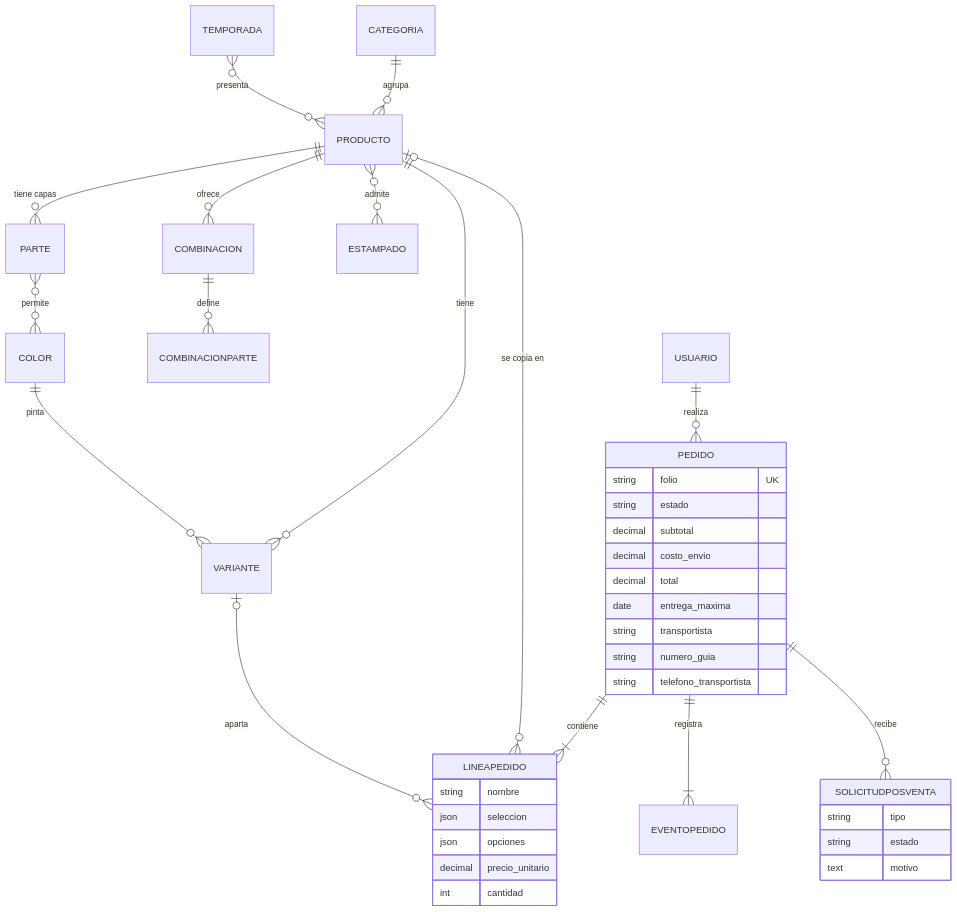
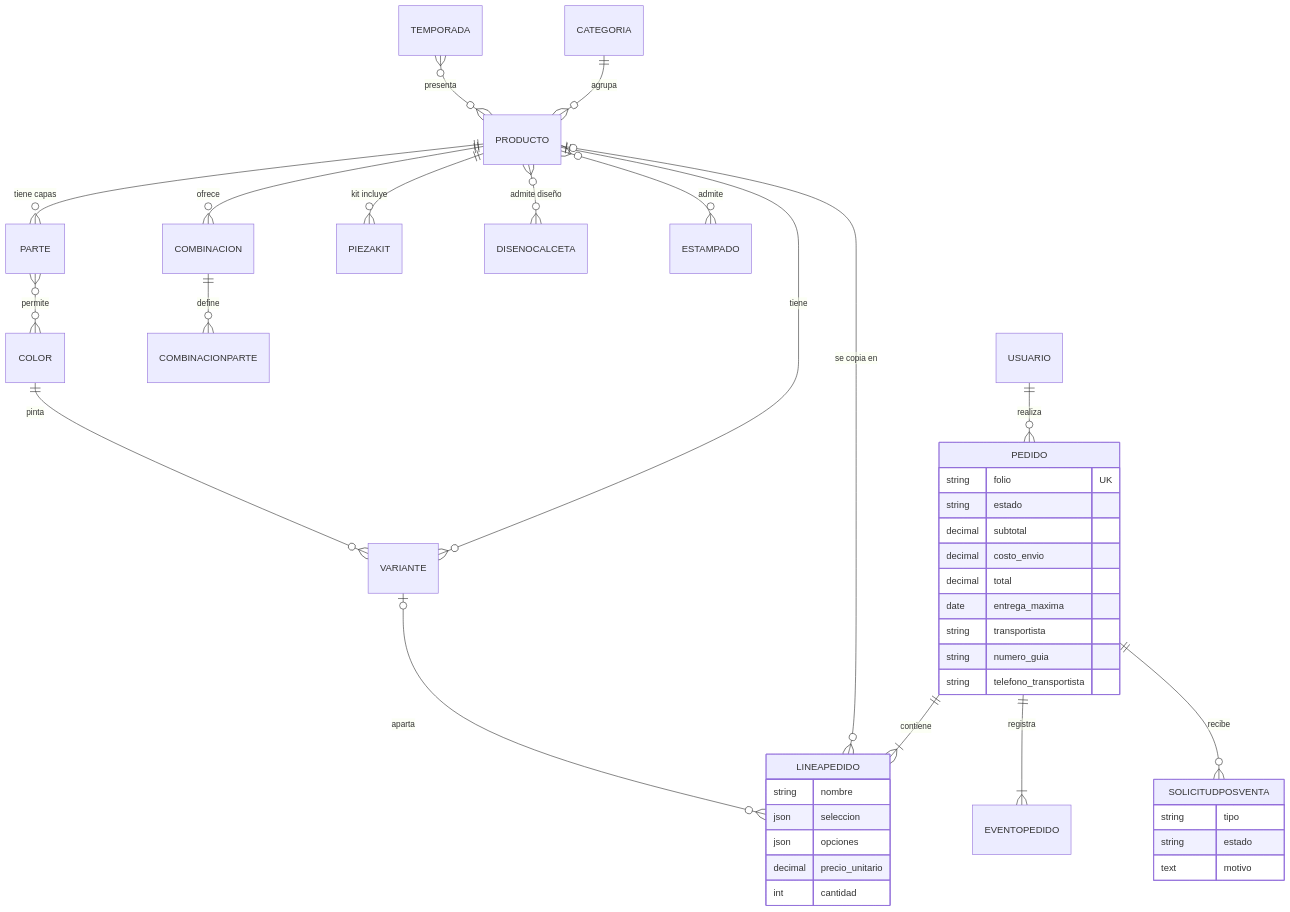
Before and after one commit to Josshuu13/TiendaWeb: the second of 4 diagrams in docs/arquitectura.md, drawn with Mermaid. The commit also changed 80 other files, not shown here.

````diff
--- a/docs/arquitectura.md
+++ b/docs/arquitectura.md
@@ -27,42 +27,44 @@
 ```mermaid
 erDiagram
     CATEGORIA ||--o{ PRODUCTO : agrupa
     PRODUCTO ||--o{ VARIANTE : tiene
     PRODUCTO ||--o{ PARTE : "tiene capas"
     PRODUCTO ||--o{ COMBINACION : ofrece
+    PRODUCTO ||--o{ PIEZAKIT : "kit incluye"
+    PRODUCTO }o--o{ DISENOCALCETA : "admite diseño"
     TEMPORADA }o--o{ PRODUCTO : presenta
     PRODUCTO }o--o{ ESTAMPADO : admite
     COLOR ||--o{ VARIANTE : pinta
     PARTE }o--o{ COLOR : permite
     COMBINACION ||--o{ COMBINACIONPARTE : define
     USUARIO ||--o{ PEDIDO : realiza
     PEDIDO ||--|{ LINEAPEDIDO : contiene
     PEDIDO ||--|{ EVENTOPEDIDO : registra
     PEDIDO ||--o{ SOLICITUDPOSVENTA : recibe
     PRODUCTO |o--o{ LINEAPEDIDO : "se copia en"
     VARIANTE |o--o{ LINEAPEDIDO : aparta
 
     PEDIDO {
         string folio UK
         string estado
         decimal subtotal
         decimal costo_envio
         decimal total
         date entrega_maxima
         string transportista
         string numero_guia
         string telefono_transportista
     }
     LINEAPEDIDO {
         string nombre
         json seleccion
         json opciones
         decimal precio_unitario
         int cantidad
     }
     SOLICITUDPOSVENTA {
         string tipo
         string estado
         text motivo
     }
 ```
````
